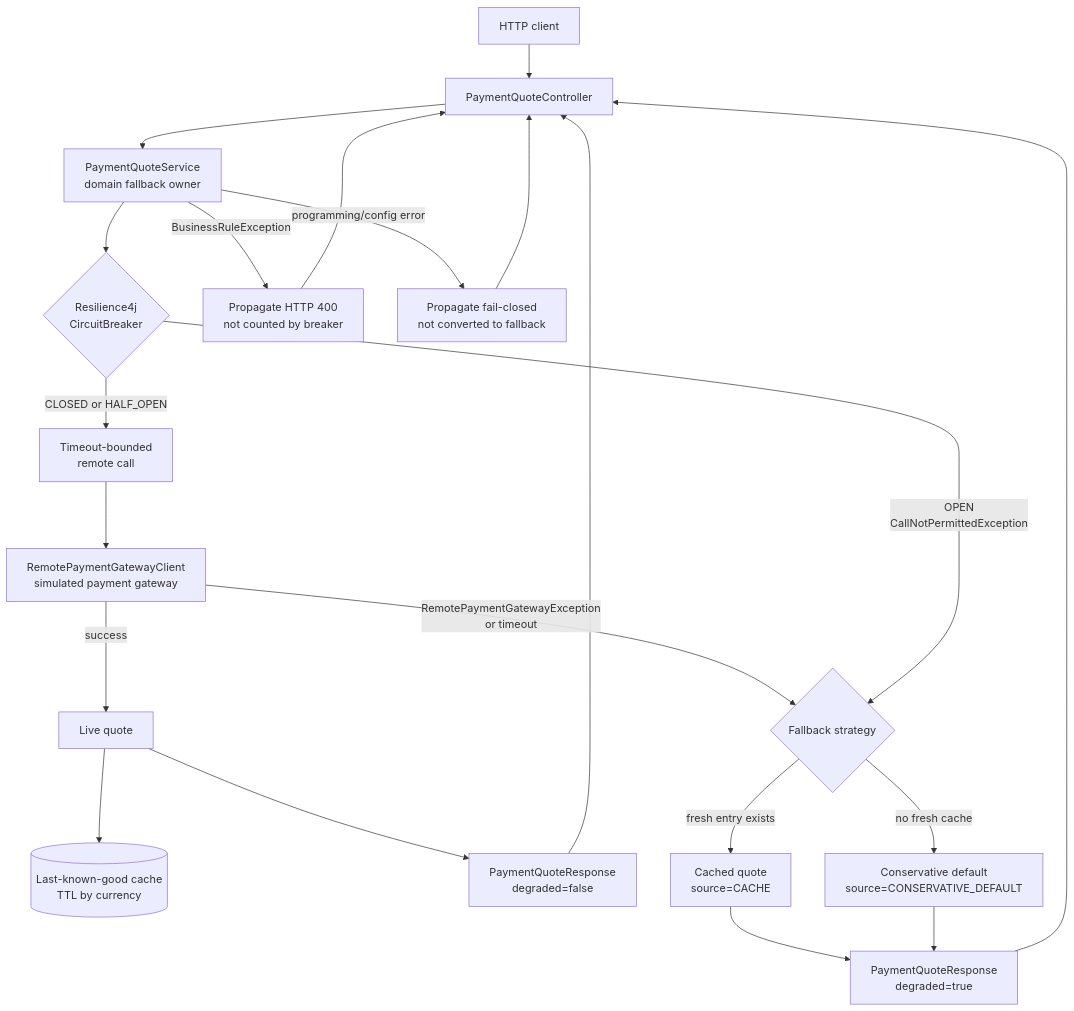
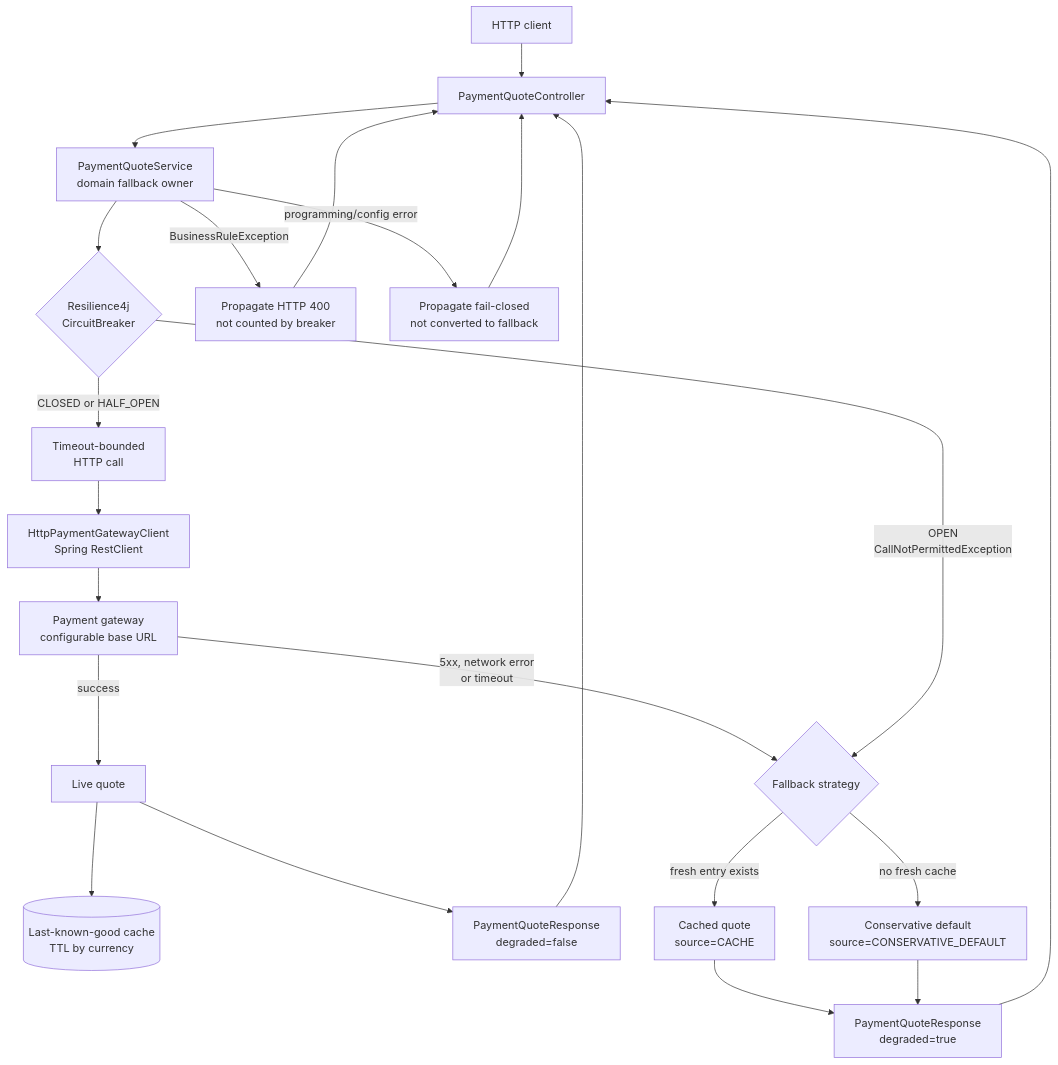
The diagram in brick/circuit-breaker/README.md (tuanhiep/infra), drawn with Mermaid before and after one commit. The commit also changed other lines of this file and 9 other files, not shown here.

````diff
--- a/brick/circuit-breaker/README.md
+++ b/brick/circuit-breaker/README.md
@@ -34,29 +36,30 @@
 ```mermaid
 flowchart TD
     caller[HTTP client] --> controller[PaymentQuoteController]
     controller --> service[PaymentQuoteService<br/>domain fallback owner]
 
     service --> breaker{Resilience4j<br/>CircuitBreaker}
-    breaker -->|CLOSED or HALF_OPEN| timeout[Timeout-bounded<br/>remote call]
-    timeout --> gateway[RemotePaymentGatewayClient<br/>simulated payment gateway]
+    breaker -->|CLOSED or HALF_OPEN| timeout[Timeout-bounded<br/>HTTP call]
+    timeout --> gateway[HttpPaymentGatewayClient<br/>Spring RestClient]
+    gateway --> upstream[Payment gateway<br/>configurable base URL]
 
-    gateway -->|success| live[Live quote]
+    upstream -->|success| live[Live quote]
     live --> cache[(Last-known-good cache<br/>TTL by currency)]
     live --> response[PaymentQuoteResponse<br/>degraded=false]
 
-    gateway -->|RemotePaymentGatewayException<br/>or timeout| fallback{Fallback strategy}
+    upstream -->|5xx, network error<br/>or timeout| fallback{Fallback strategy}
     breaker -->|OPEN<br/>CallNotPermittedException| fallback
 
     fallback -->|fresh entry exists| cached[Cached quote<br/>source=CACHE]
     fallback -->|no fresh cache| conservative[Conservative default<br/>source=CONSERVATIVE_DEFAULT]
     cached --> degraded[PaymentQuoteResponse<br/>degraded=true]
     conservative --> degraded
 
     service -->|BusinessRuleException| business[Propagate HTTP 400<br/>not counted by breaker]
     service -->|programming/config error| failclosed[Propagate fail-closed<br/>not converted to fallback]
 
     degraded --> controller
     response --> controller
     business --> controller
     failclosed --> controller
 ```
````
